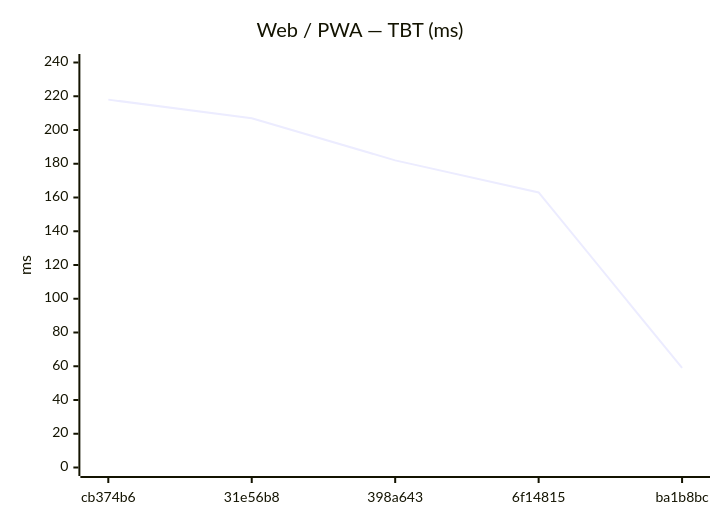
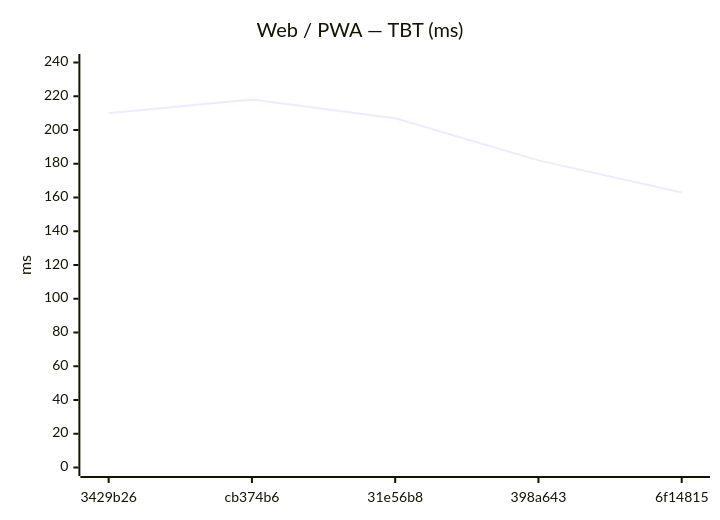
One commit to Metaheurist/Rianell changed the eighth of 18 diagrams in benchmarks/compare.md. Above: the diagram before and after it, drawn with Mermaid. The commit also changed other lines of this file and 11 other files, not shown here.

````diff
--- a/benchmarks/compare.md
+++ b/benchmarks/compare.md
@@ -124,7 +124,7 @@
 ```mermaid
 xychart-beta
     title "Web / PWA — TBT (ms)"
-    x-axis ["cb374b6", "31e56b8", "398a643", "6f14815", "ba1b8bc"]
+    x-axis ["3429b26", "cb374b6", "31e56b8", "398a643", "6f14815"]
     y-axis "ms" 0 --> 240
-    line [218, 207, 182, 163, 59]
+    line [210, 218, 207, 182, 163]
 ```
````
